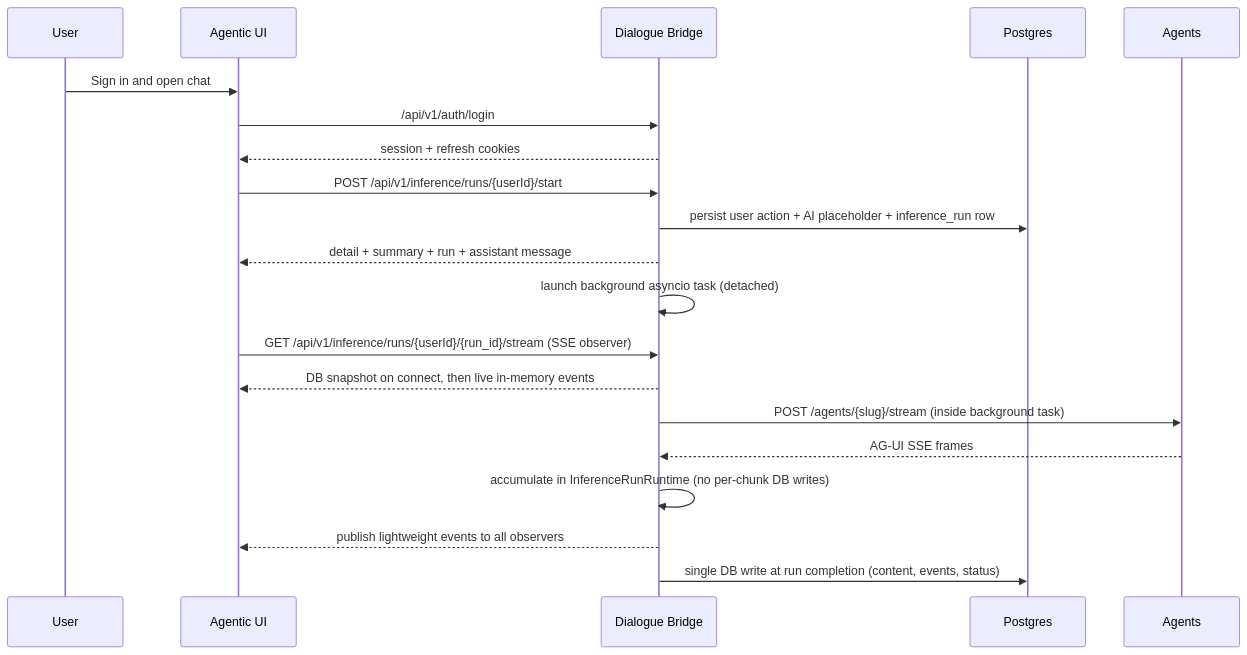
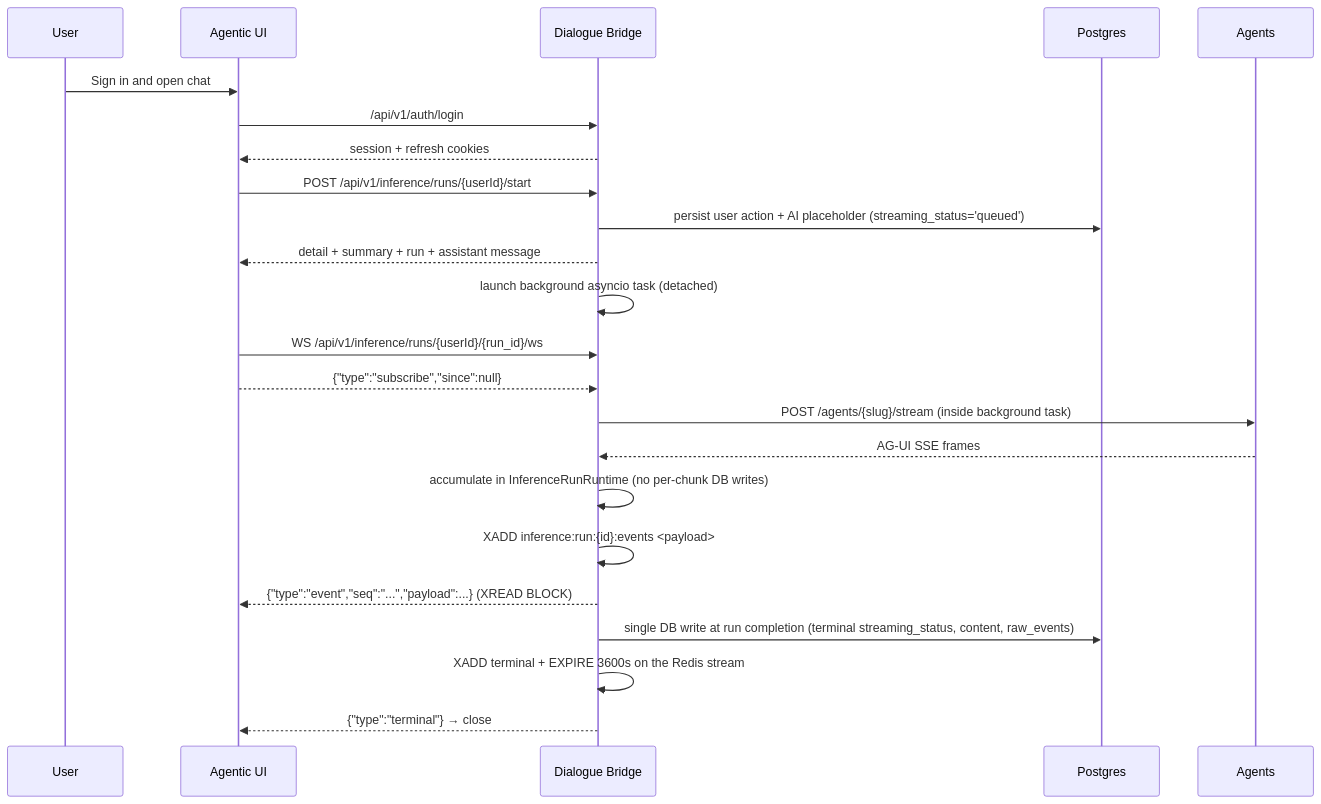
One commit to konstantinosmpouros/mAgenticX changed the third of 9 diagrams in README.md. Above: the diagram before and after it, drawn with Mermaid. The commit also changed other lines of this file and 26 other files, not shown here.

Commit message:
Migrate inference streaming to WebSocket + Redis

````diff
--- a/README.md
+++ b/README.md
@@ -113,23 +116,26 @@
 ```mermaid
 sequenceDiagram
     participant U as User
     participant UI as Agentic UI
     participant B as Dialogue Bridge
     participant P as Postgres
     participant A as Agents
 
     U->>UI: Sign in and open chat
     UI->>B: /api/v1/auth/login
     B-->>UI: session + refresh cookies
     UI->>B: POST /api/v1/inference/runs/{userId}/start
-    B->>P: persist user action + AI placeholder + inference_run row
+    B->>P: persist user action + AI placeholder (streaming_status='queued')
     B-->>UI: detail + summary + run + assistant message
     B->>B: launch background asyncio task (detached)
-    UI->>B: GET /api/v1/inference/runs/{userId}/{run_id}/stream (SSE observer)
-    B-->>UI: DB snapshot on connect, then live in-memory events
+    UI->>B: WS /api/v1/inference/runs/{userId}/{run_id}/ws
+    UI-->>B: {"type":"subscribe","since":null}
     B->>A: POST /agents/{slug}/stream (inside background task)
     A-->>B: AG-UI SSE frames
     B->>B: accumulate in InferenceRunRuntime (no per-chunk DB writes)
-    B-->>UI: publish lightweight events to all observers
-    B->>P: single DB write at run completion (content, events, status)
+    B->>B: XADD inference:run:{id}:events <payload>
+    B-->>UI: {"type":"event","seq":"...","payload":...} (XREAD BLOCK)
+    B->>P: single DB write at run completion (terminal streaming_status, content, raw_events)
+    B->>B: XADD terminal + EXPIRE 3600s on the Redis stream
+    B-->>UI: {"type":"terminal"} → close
 ```
````
